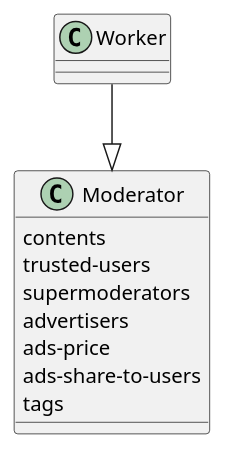
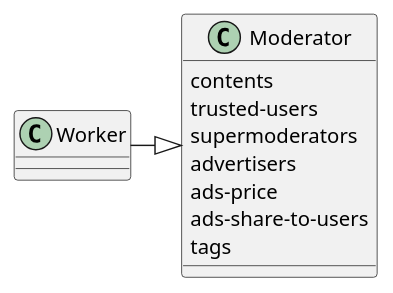
The third of 5 diagrams in bitcloud.org (wetube/bitcloud), drawn with PlantUML before and after one commit. The commit also changed other lines of this file and 5 other files, not shown here.

```diff
--- a/bitcloud.org
+++ b/bitcloud.org
@@ -252,12 +259,12 @@
 #+BEGIN_SRC plantuml :file "img/moderator-class.png"
 class Moderator {
      contents
      trusted-users
      supermoderators
      advertisers
      ads-price
      ads-share-to-users
      tags
 }
-Worker --|> Moderator
+Worker -right-|> Moderator
 #+END_SRC
```
